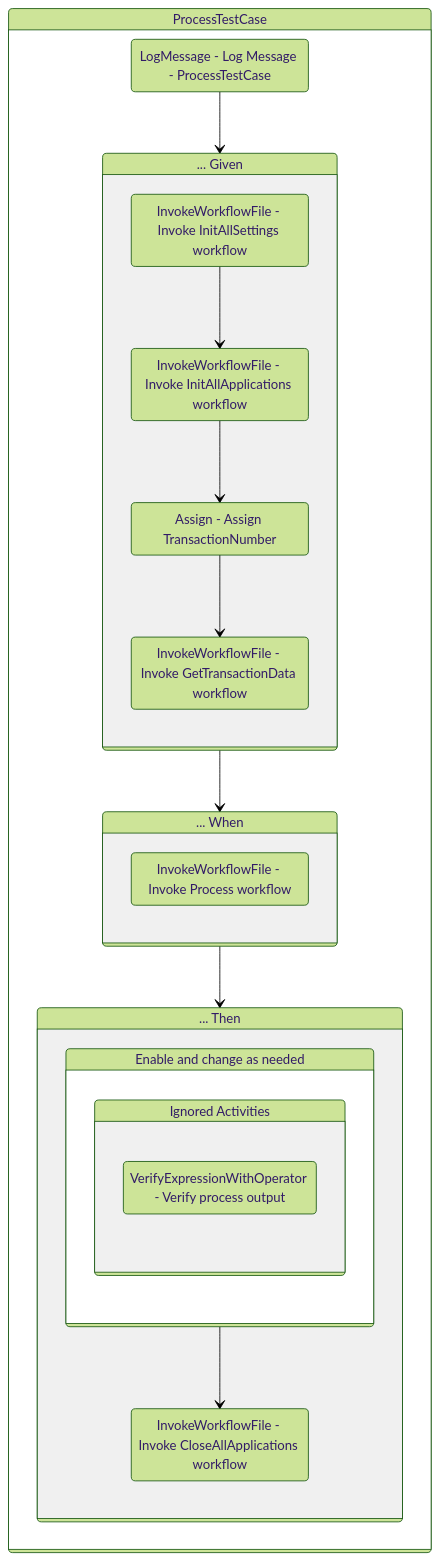
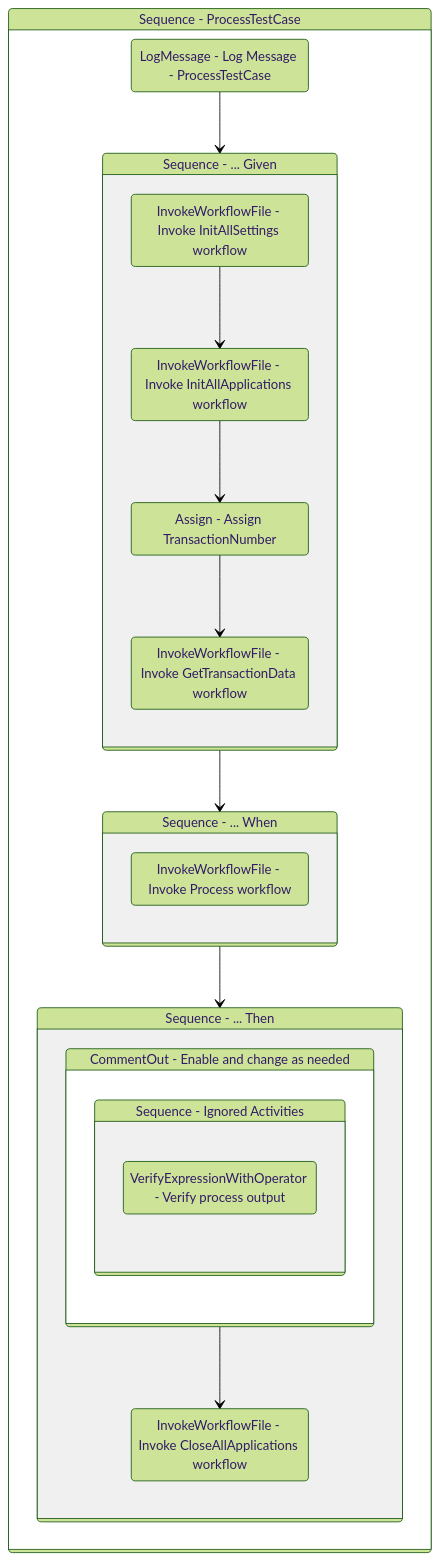
Before and after one commit to yashbrahmbhatt/LazyFramework: the diagram in Documentation/.templates/Performers/REFramework/Tests/ProcessTestCase.md, drawn with Mermaid (forest theme). The commit also changed 78 other files, not shown here.

````diff
--- a/Documentation/.templates/Performers/REFramework/Tests/ProcessTestCase.md
+++ b/Documentation/.templates/Performers/REFramework/Tests/ProcessTestCase.md
@@ -100,46 +100,46 @@
 ```mermaid
 stateDiagram-v2
 
 
-Sequence_1: ProcessTestCase
+Sequence_1: Sequence - ProcessTestCase
 state Sequence_1 {
 direction TB
 LogMessage_1 : LogMessage - Log Message - ProcessTestCase
 LogMessage_1 --> Sequence_2
-Sequence_2: ... Given
+Sequence_2: Sequence - ... Given
 state Sequence_2 {
 direction TB
 InvokeWorkflowFile_2 : InvokeWorkflowFile - Invoke InitAllSettings workflow
 InvokeWorkflowFile_3 : InvokeWorkflowFile - Invoke InitAllApplications workflow
 InvokeWorkflowFile_2 --> InvokeWorkflowFile_3
 Assign_1 : Assign - Assign TransactionNumber
 InvokeWorkflowFile_3 --> Assign_1
 InvokeWorkflowFile_4 : InvokeWorkflowFile - Invoke GetTransactionData workflow
 Assign_1 --> InvokeWorkflowFile_4
 }
 Sequence_2 --> Sequence_3
-Sequence_3: ... When
+Sequence_3: Sequence - ... When
 state Sequence_3 {
 direction TB
 InvokeWorkflowFile_1 : InvokeWorkflowFile - Invoke Process workflow
 }
 Sequence_3 --> Sequence_4
-Sequence_4: ... Then
+Sequence_4: Sequence - ... Then
 state Sequence_4 {
 direction TB
 
-CommentOut_1: Enable and change as needed
+CommentOut_1: CommentOut - Enable and change as needed
 state CommentOut_1 {
 direction TB
 
-Sequence_5: Ignored Activities
+Sequence_5: Sequence - Ignored Activities
 state Sequence_5 {
 direction TB
 VerifyExpressionWithOperator_1 : VerifyExpressionWithOperator - Verify process output
 }
 }
 InvokeWorkflowFile_5 : InvokeWorkflowFile - Invoke CloseAllApplications workflow
 CommentOut_1 --> InvokeWorkflowFile_5
 }
 }
 ```
````
